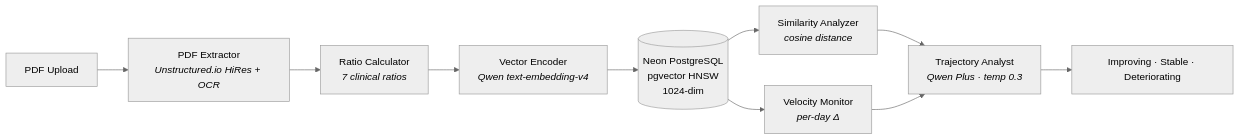
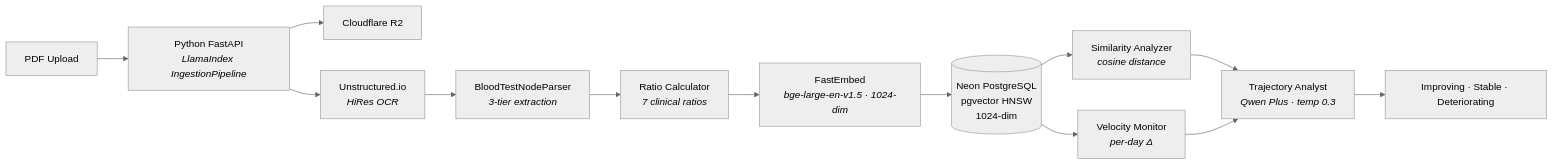
Before and after one commit to v9ai/ai-apps: the diagram in apps/agentic-healthcare/README.md, drawn with Mermaid (neutral theme). The commit also changed other lines of this file and 17 other files, not shown here.

First line of the commit message:
feat(agentic-healthcare): refactor blood PDF upload to Python with LlamaIndex IngestionPipeline

````diff
--- a/apps/agentic-healthcare/README.md
+++ b/apps/agentic-healthcare/README.md
@@ -18,12 +18,15 @@
 ```mermaid
 flowchart LR
-    Upload["PDF Upload"] --> Extractor["PDF Extractor<br/><i>Unstructured.io HiRes + OCR</i>"]
-    Extractor --> Ratios["Ratio Calculator<br/><i>7 clinical ratios</i>"]
-    Ratios --> Encoder["Vector Encoder<br/><i>Qwen text-embedding-v4</i>"]
+    Upload["PDF Upload"] --> Python["Python FastAPI<br/><i>LlamaIndex IngestionPipeline</i>"]
+    Python --> R2["Cloudflare R2"]
+    Python --> Extractor["Unstructured.io<br/><i>HiRes OCR</i>"]
+    Extractor --> Parser["BloodTestNodeParser<br/><i>3-tier extraction</i>"]
+    Parser --> Ratios["Ratio Calculator<br/><i>7 clinical ratios</i>"]
+    Ratios --> Encoder["FastEmbed<br/><i>bge-large-en-v1.5 · 1024-dim</i>"]
     Encoder --> DB[("Neon PostgreSQL<br/>pgvector HNSW<br/>1024-dim")]
     DB --> Similarity["Similarity Analyzer<br/><i>cosine distance</i>"]
     DB --> Velocity["Velocity Monitor<br/><i>per-day Δ</i>"]
     Similarity --> Analyst["Trajectory Analyst<br/><i>Qwen Plus · temp 0.3</i>"]
     Velocity --> Analyst
     Analyst --> Insights["Improving · Stable · Deteriorating"]
 ```
````
